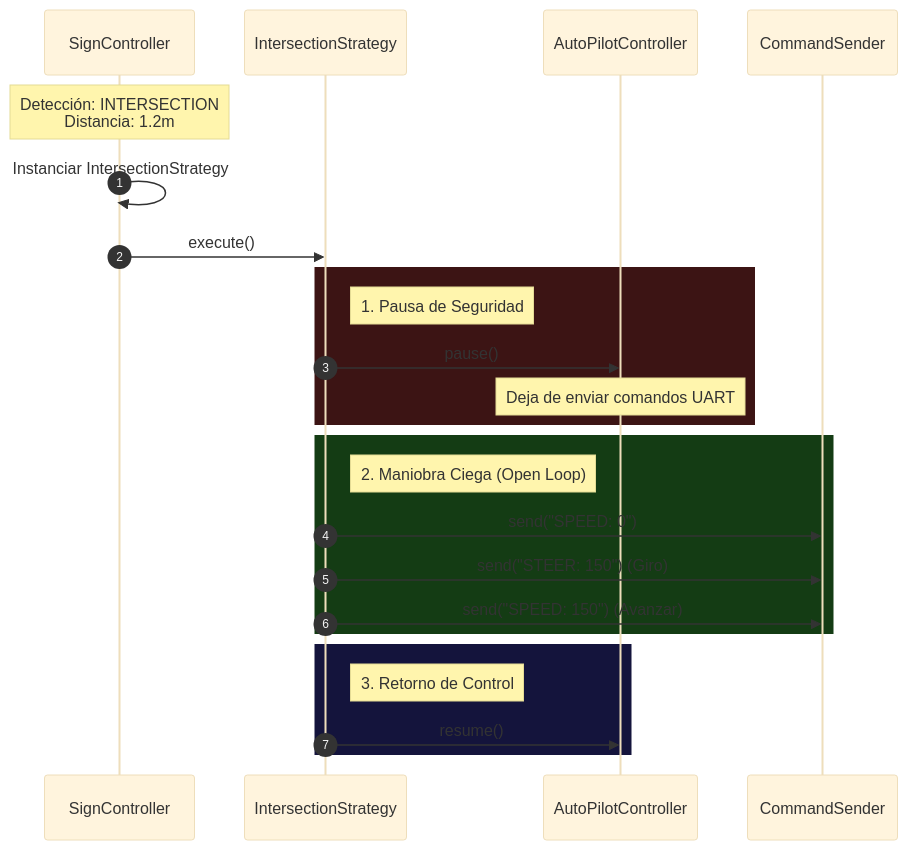
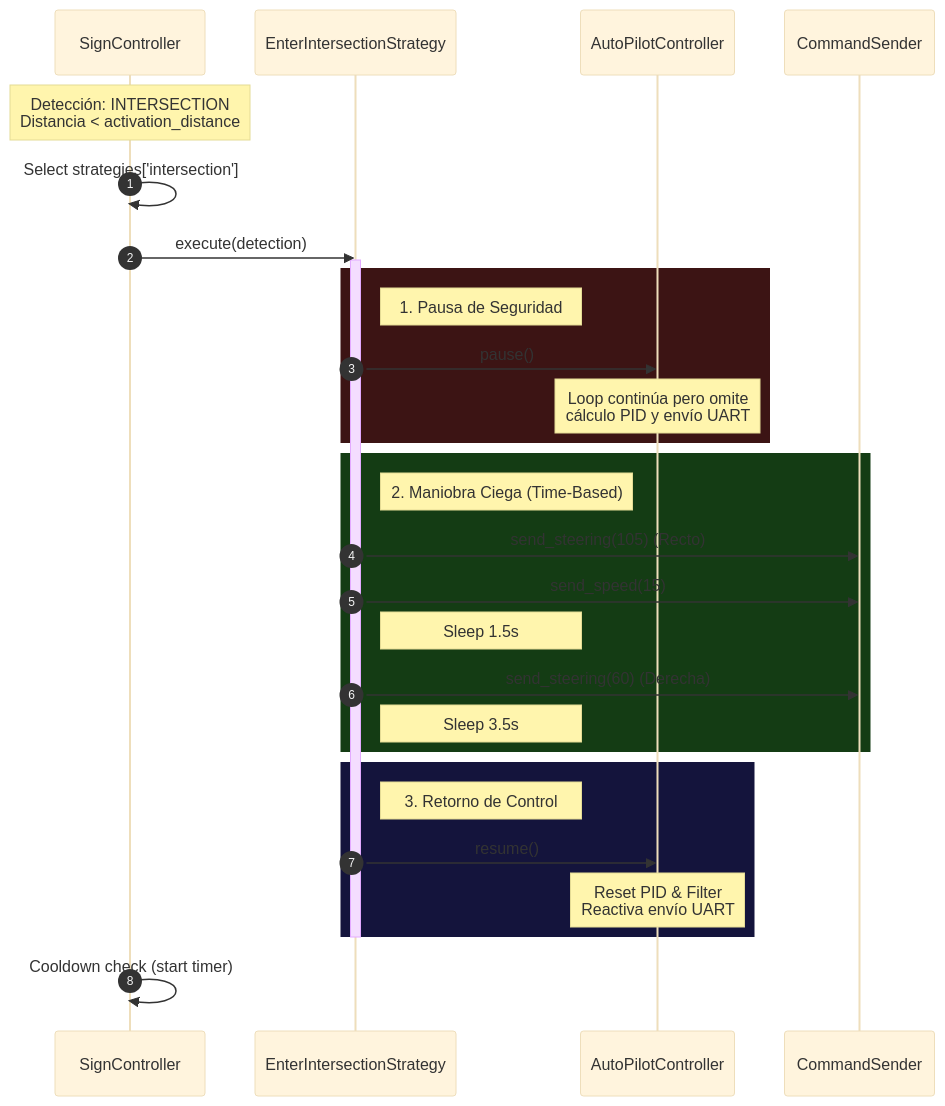
One commit to fongarciav/Equipo2024-brain changed the third of 3 diagrams in README.md. Above: the diagram before and after it, drawn with Mermaid (base theme). The commit also changed other lines of this file, not shown here.

````diff
--- a/README.md
+++ b/README.md
@@ -209,31 +234,41 @@
 ```mermaid
 sequenceDiagram
     autonumber
     participant Sign as SignController
-    participant Strat as IntersectionStrategy
+    participant Strat as EnterIntersectionStrategy
     participant Auto as AutoPilotController
     participant Serial as CommandSender
 
-    Note over Sign: Detección: INTERSECTION<br/>Distancia: 1.2m
+    Note over Sign: Detección: INTERSECTION<br/>Distancia < activation_distance
 
-    Sign->>Sign: Instanciar IntersectionStrategy
-    Sign->>Strat: execute()
+    Sign->>Sign: Select strategies['intersection']
+    Sign->>Strat: execute(detection)
+    activate Strat
     
     rect rgb(60, 20, 20)
         note right of Strat: 1. Pausa de Seguridad
         Strat->>Auto: pause()
-        Note over Auto: Deja de enviar comandos UART
+        Note over Auto: Loop continúa pero omite<br/>cálculo PID y envío UART
     end
 
     rect rgb(20, 60, 20)
-        note right of Strat: 2. Maniobra Ciega (Open Loop)
-        Strat->>Serial: send("SPEED: 0")
-        Strat->>Serial: send("STEER: 150") (Giro)
-        Strat->>Serial: send("SPEED: 150") (Avanzar)
+        note right of Strat: 2. Maniobra Ciega (Time-Based)
+        %% Fase 1: Entrar recto
+        Strat->>Serial: send_steering(105) (Recto)
+        Strat->>Serial: send_speed(15)
+        Note right of Strat: Sleep 1.5s
+        
+        %% Fase 2: Girar
+        Strat->>Serial: send_steering(60) (Derecha)
+        Note right of Strat: Sleep 3.5s
     end
 
     rect rgb(20, 20, 60)
         note right of Strat: 3. Retorno de Control
         Strat->>Auto: resume()
+        Note over Auto: Reset PID & Filter<br/>Reactiva envío UART
     end
+    
+    deactivate Strat
+    Sign->>Sign: Cooldown check (start timer)
 ```
````
